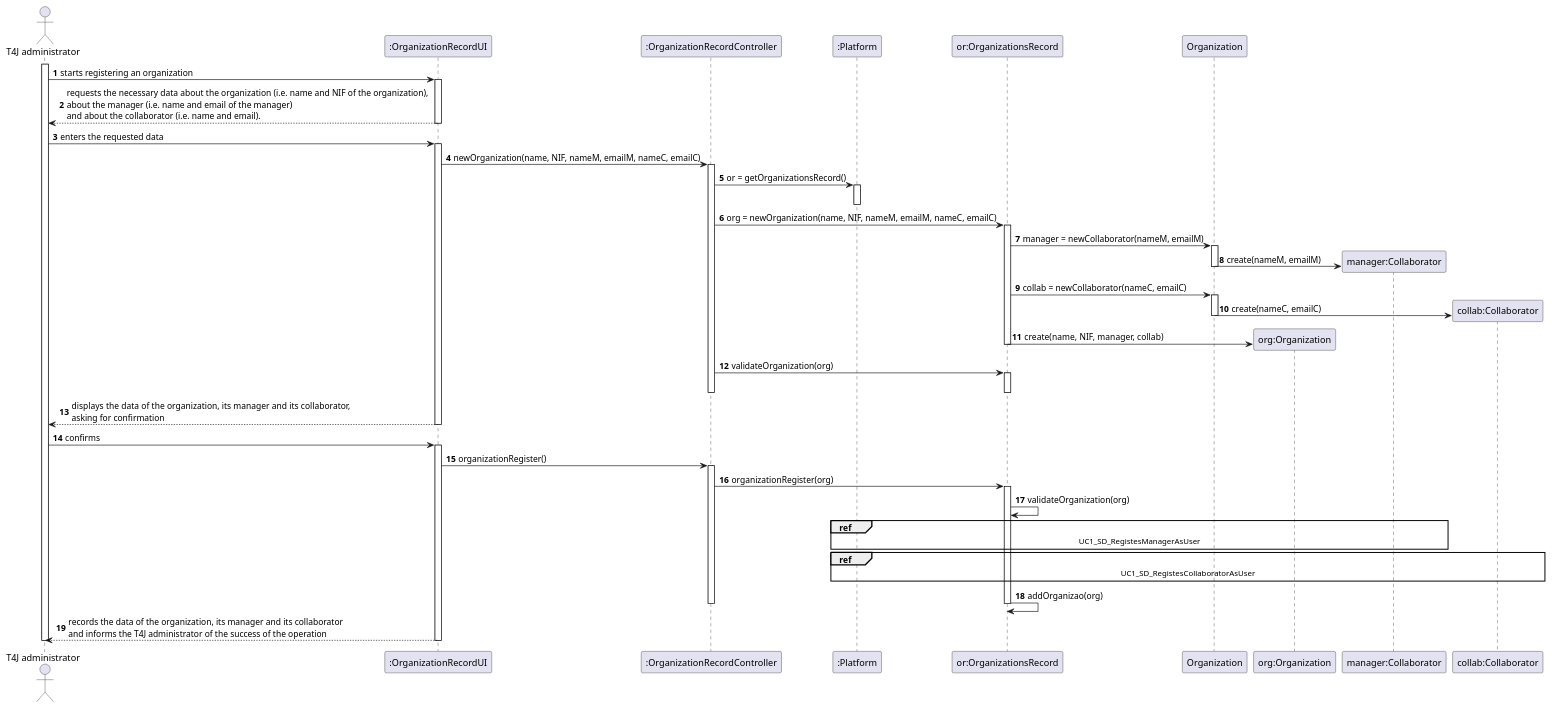
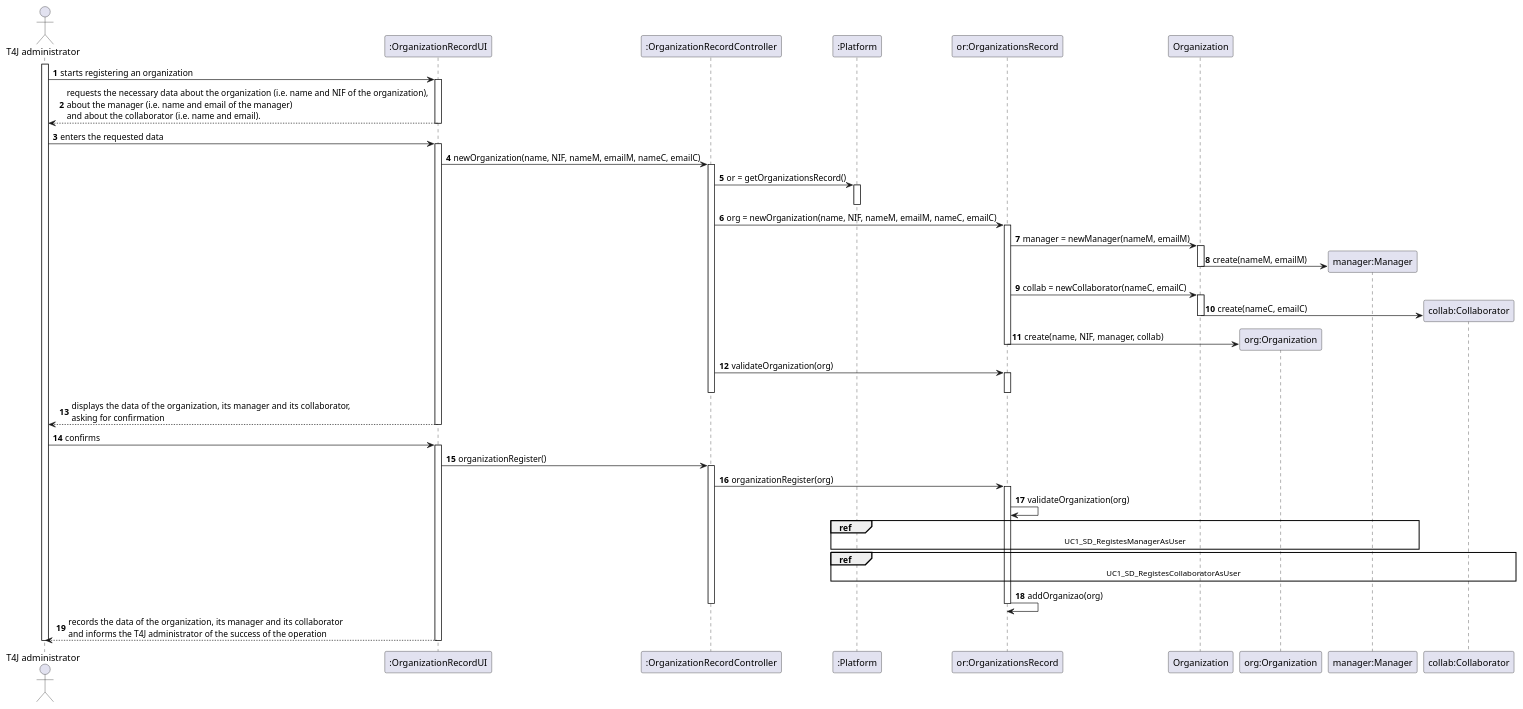
The diagram in docs/UC7 - Add New Organization/UC7_SD.puml (pedrolemos4/LAPR2), drawn with PlantUML before and after one commit. The commit also changed 11 other files, not shown here.

```diff
--- a/docs/UC7 - Add New Organization/UC7_SD.puml
+++ b/docs/UC7 - Add New Organization/UC7_SD.puml
@@ -1,80 +1,80 @@
 @startuml
 autonumber
 
 actor "T4J administrator" as ADM
 participant ":OrganizationRecordUI" as UI
 participant ":OrganizationRecordController" as CTRL
 participant ":Platform" as PLAT
 participant "or:OrganizationsRecord" as ORGS
 participant "Organization" as _ORG
 participant "org:Organization" as ORG
-participant "manager:Collaborator" as MANAGER
+participant "manager:Manager" as MANAGER
 participant "collab:Collaborator" as COLLAB
 
 activate ADM
 ADM -> UI : starts registering an organization
 activate UI
 UI --> ADM : requests the necessary data about the organization (i.e. name and NIF of the organization), \nabout the manager (i.e. name and email of the manager) \nand about the collaborator (i.e. name and email).
 deactivate UI
 
 ADM -> UI : enters the requested data
 activate UI
 
 UI -> CTRL : newOrganization(name, NIF, nameM, emailM, nameC, emailC)
 activate CTRL
 
 CTRL -> PLAT: or = getOrganizationsRecord()
 activate PLAT
 deactivate PLAT
 
 CTRL -> ORGS: org = newOrganization(name, NIF, nameM, emailM, nameC, emailC)
 activate ORGS
 
-ORGS -> _ORG: manager = newCollaborator(nameM, emailM)
+ORGS -> _ORG: manager = newManager(nameM, emailM)
 activate _ORG
 _ORG -> MANAGER** : create(nameM, emailM)
 deactivate _ORG
 
 ORGS -> _ORG: collab = newCollaborator(nameC, emailC)
 activate _ORG
 _ORG -> COLLAB** : create(nameC, emailC)
 deactivate _ORG
 
 ORGS -> ORG ** : create(name, NIF, manager, collab)
 deactivate ORGS
 
 CTRL -> ORGS : validateOrganization(org)
 activate ORGS
 deactivate ORGS
 
 deactivate CTRL
 UI --> ADM : displays the data of the organization, its manager and its collaborator, \nasking for confirmation
 deactivate UI
 
 ADM -> UI : confirms
 activate UI
 
 UI -> CTRL: organizationRegister()
 activate CTRL
 CTRL -> ORGS: organizationRegister(org)
 activate ORGS
 
 ORGS -> ORGS: validateOrganization(org)
 
 ref over ORGS, MANAGER, PLAT
   UC1_SD_RegistesManagerAsUser
 end ref
 
 ref over ORGS, COLLAB, PLAT
   UC1_SD_RegistesCollaboratorAsUser
 end ref
 
 ORGS -> ORGS: addOrganizao(org)
 deactivate ORGS
 
 deactivate CTRL
 UI --> ADM :  records the data of the organization, its manager and its collaborator \nand informs the T4J administrator of the success of the operation
 deactivate UI
 
 deactivate ADM
 @enduml
```
